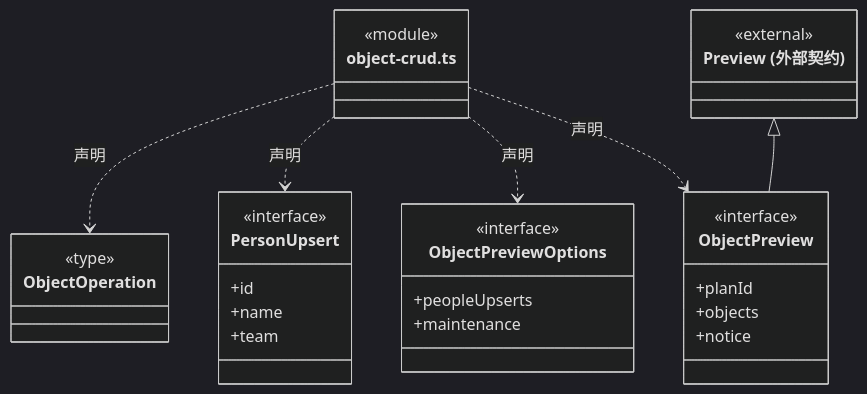
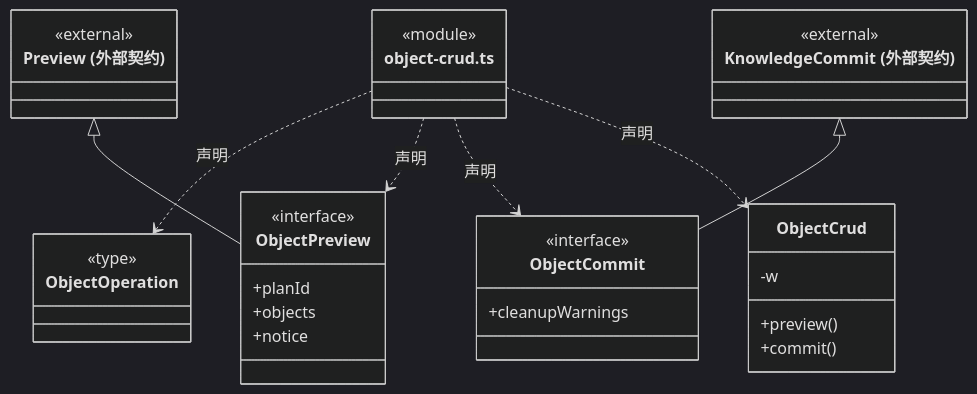
Before and after one commit to nan023062/cbim: the eighth of 32 diagrams in src/backend/core/knowledge/ARCHITECTURE.md, drawn with Mermaid (dark theme). The commit also changed other lines of this file and 90 other files, not shown here.

````diff
--- a/src/backend/core/knowledge/ARCHITECTURE.md
+++ b/src/backend/core/knowledge/ARCHITECTURE.md
@@ -148,35 +147,37 @@
 ```mermaid
 classDiagram
 class N_src_backend_core_knowledge_object_crud_ts["object-crud.ts"] {
   <<module>>
 }
 class N_src_backend_core_knowledge_object_crud_ts_ObjectOperation["ObjectOperation"] {
   <<type>>
 
 }
 N_src_backend_core_knowledge_object_crud_ts ..> N_src_backend_core_knowledge_object_crud_ts_ObjectOperation : 声明
-class N_src_backend_core_knowledge_object_crud_ts_PersonUpsert["PersonUpsert"] {
-  <<interface>>
-  +id
-  +name
-  +team
-}
-N_src_backend_core_knowledge_object_crud_ts ..> N_src_backend_core_knowledge_object_crud_ts_PersonUpsert : 声明
-class N_src_backend_core_knowledge_object_crud_ts_ObjectPreviewOptions["ObjectPreviewOptions"] {
-  <<interface>>
-  +peopleUpserts
-  +maintenance
-}
-N_src_backend_core_knowledge_object_crud_ts ..> N_src_backend_core_knowledge_object_crud_ts_ObjectPreviewOptions : 声明
 class N_src_backend_core_knowledge_object_crud_ts_ObjectPreview["ObjectPreview"] {
   <<interface>>
   +planId
   +objects
   +notice
 }
 N_src_backend_core_knowledge_object_crud_ts ..> N_src_backend_core_knowledge_object_crud_ts_ObjectPreview : 声明
 class N_src_backend_core_knowledge_object_crud_ts_external_Preview["Preview (外部契约)"] {
   <<external>>
 }
 N_src_backend_core_knowledge_object_crud_ts_external_Preview <|-- N_src_backend_core_knowledge_object_crud_ts_ObjectPreview
+class N_src_backend_core_knowledge_object_crud_ts_ObjectCommit["ObjectCommit"] {
+  <<interface>>
+  +cleanupWarnings
+}
+N_src_backend_core_knowledge_object_crud_ts ..> N_src_backend_core_knowledge_object_crud_ts_ObjectCommit : 声明
+class N_src_backend_core_knowledge_object_crud_ts_external_KnowledgeCommit["KnowledgeCommit (外部契约)"] {
+  <<external>>
+}
+N_src_backend_core_knowledge_object_crud_ts_external_KnowledgeCommit <|-- N_src_backend_core_knowledge_object_crud_ts_ObjectCommit
+class N_src_backend_core_knowledge_object_crud_ts_ObjectCrud["ObjectCrud"] {
+  +preview()
+  +commit()
+  -w
+}
+N_src_backend_core_knowledge_object_crud_ts ..> N_src_backend_core_knowledge_object_crud_ts_ObjectCrud : 声明
 ```
````
